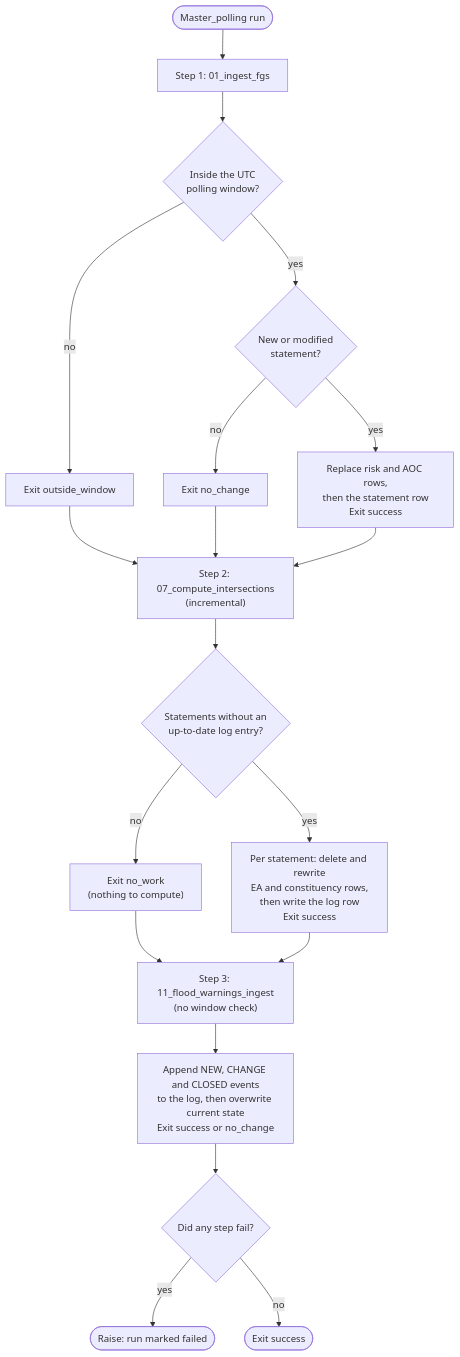
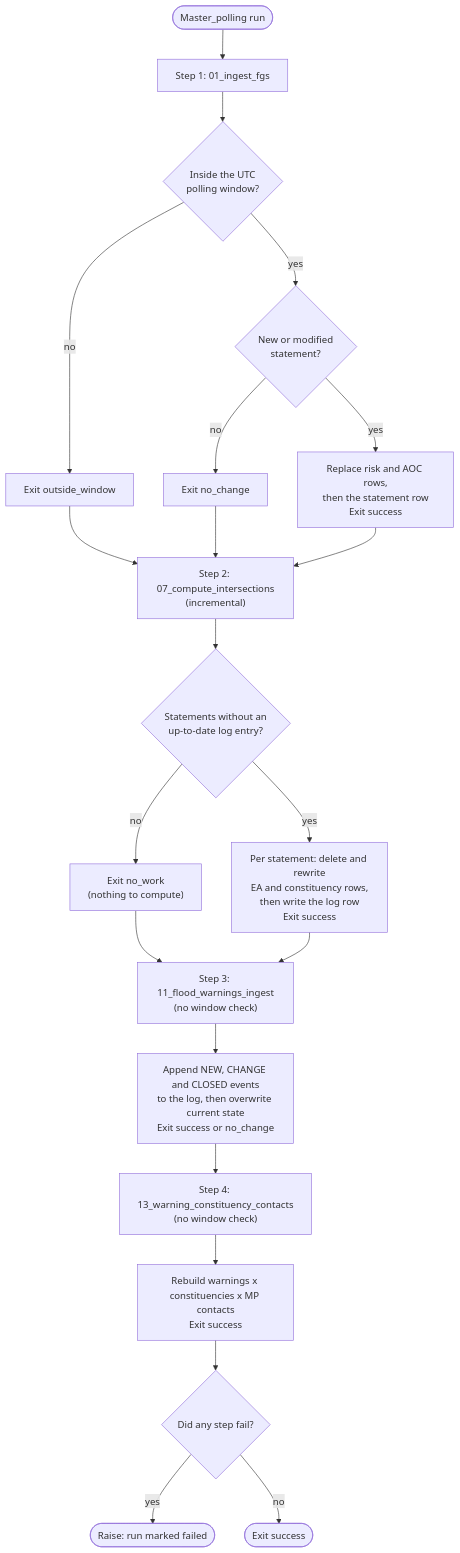
Before and after one commit to JonPayneEA/FGS_Notebooks: the second of 5 diagrams in README.md, drawn with Mermaid. The commit also changed other lines of this file and 5 other files, not shown here.

First line of the commit message:
Add flood_warning_constituency_contacts: warnings x constituencies x MPs

````diff
--- a/README.md
+++ b/README.md
@@ -132,21 +138,23 @@
 ```mermaid
 flowchart TD
     start(["Master_polling run"]) --> S1["Step 1: 01_ingest_fgs"]
     S1 --> D0{"Inside the UTC<br/>polling window?"}
     D0 -- no --> X0["Exit outside_window"]
     D0 -- yes --> D1{"New or modified<br/>statement?"}
     D1 -- no --> X1["Exit no_change"]
     D1 -- yes --> W1["Replace risk and AOC rows,<br/>then the statement row<br/>Exit success"]
     X0 --> S2
     X1 --> S2
     W1 --> S2["Step 2: 07_compute_intersections<br/>(incremental)"]
     S2 --> D2{"Statements without an<br/>up-to-date log entry?"}
     D2 -- no --> X2["Exit no_work<br/>(nothing to compute)"]
     D2 -- yes --> W2["Per statement: delete and rewrite<br/>EA and constituency rows,<br/>then write the log row<br/>Exit success"]
     X2 --> S3
     W2 --> S3["Step 3: 11_flood_warnings_ingest<br/>(no window check)"]
     S3 --> W3["Append NEW, CHANGE and CLOSED events<br/>to the log, then overwrite current state<br/>Exit success or no_change"]
-    W3 --> D3{"Did any step fail?"}
+    W3 --> S4["Step 4: 13_warning_constituency_contacts<br/>(no window check)"]
+    S4 --> W4["Rebuild warnings x constituencies x MP contacts<br/>Exit success"]
+    W4 --> D3{"Did any step fail?"}
     D3 -- yes --> F(["Raise: run marked failed"])
     D3 -- no --> OK(["Exit success"])
 ```
````
